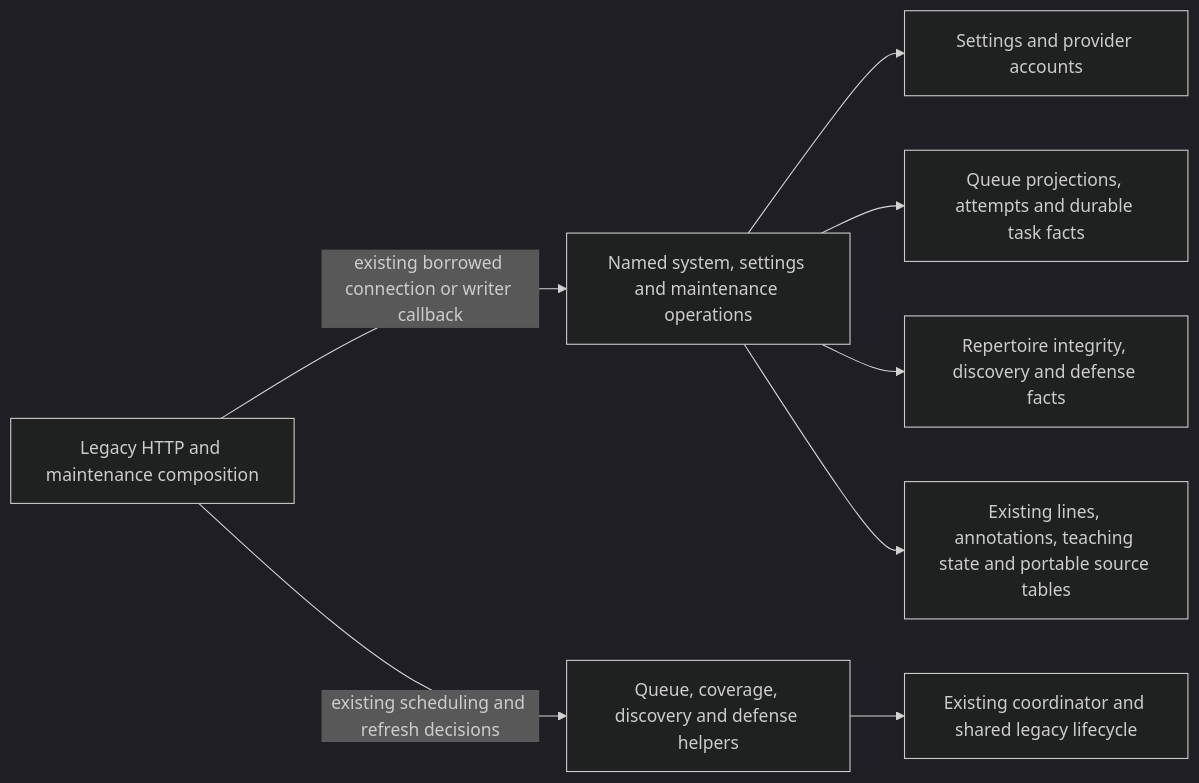
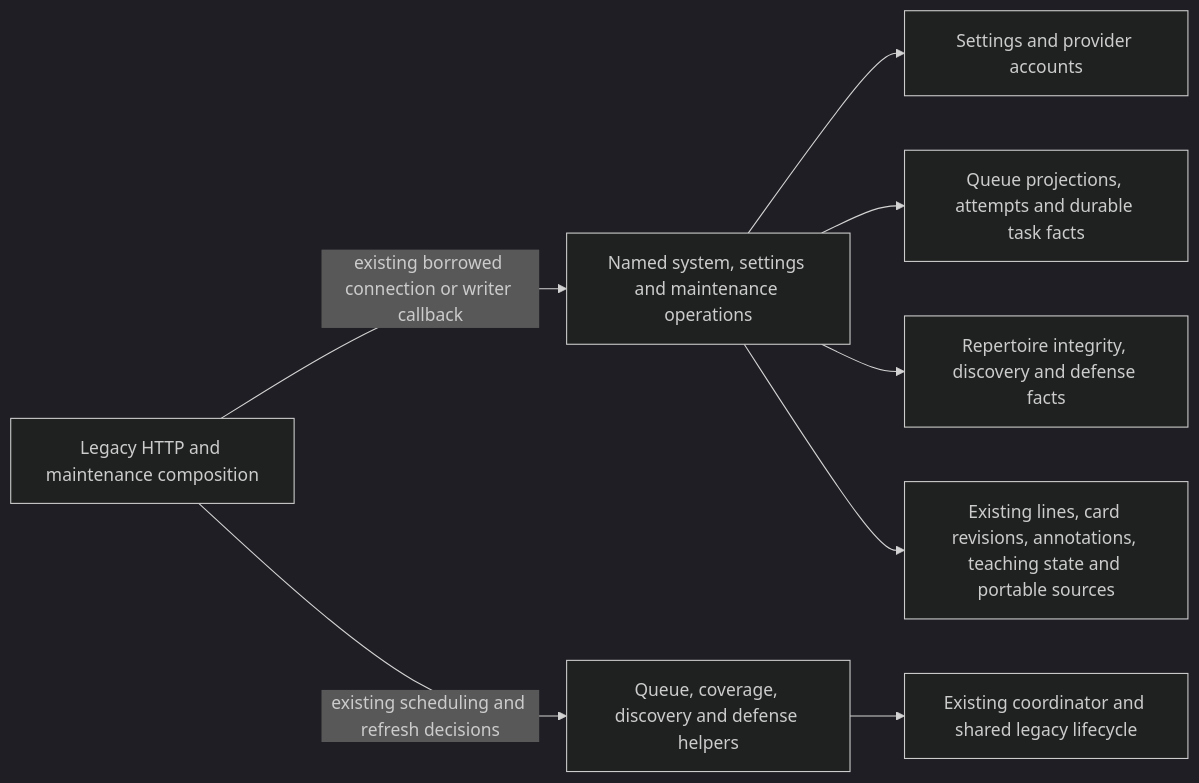
Before and after one commit to aaweaver-actuary/tempo: the diagram in database/tempo_legacy_database/adapters/http_composition/README.md, drawn with Mermaid (dark theme). The commit also changed other lines of this file and 4 other files, not shown here.

````diff
--- a/database/tempo_legacy_database/adapters/http_composition/README.md
+++ b/database/tempo_legacy_database/adapters/http_composition/README.md
@@ -16,10 +17,10 @@
 ```mermaid
 flowchart LR
   http[Legacy HTTP and maintenance composition] -->|existing borrowed connection or writer callback| store[Named system, settings and maintenance operations]
   http -->|existing scheduling and refresh decisions| jobs[Queue, coverage, discovery and defense helpers]
   store --> settings[Settings and provider accounts]
   store --> queue[Queue projections, attempts and durable task facts]
   store --> source[Repertoire integrity, discovery and defense facts]
-  store --> authoring[Existing lines, annotations, teaching state and portable source tables]
+  store --> authoring[Existing lines, card revisions, annotations, teaching state and portable sources]
   jobs --> lifecycle[Existing coordinator and shared legacy lifecycle]
 ```
````
